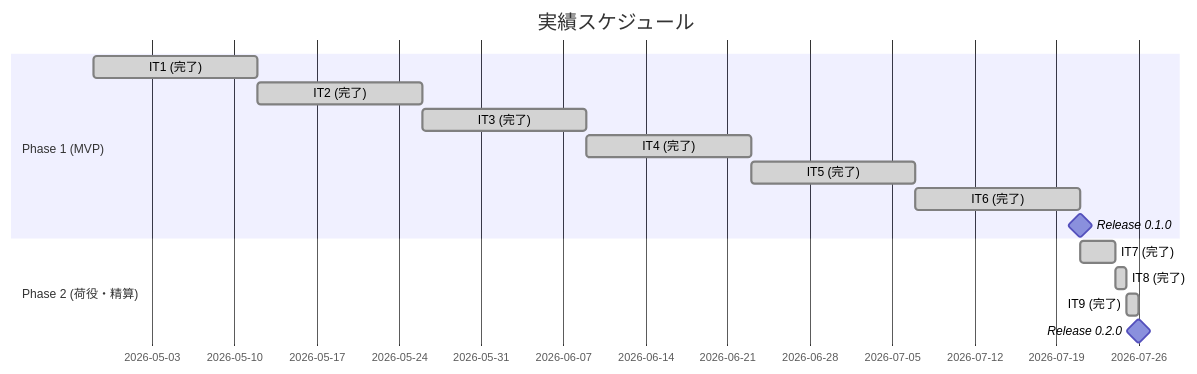
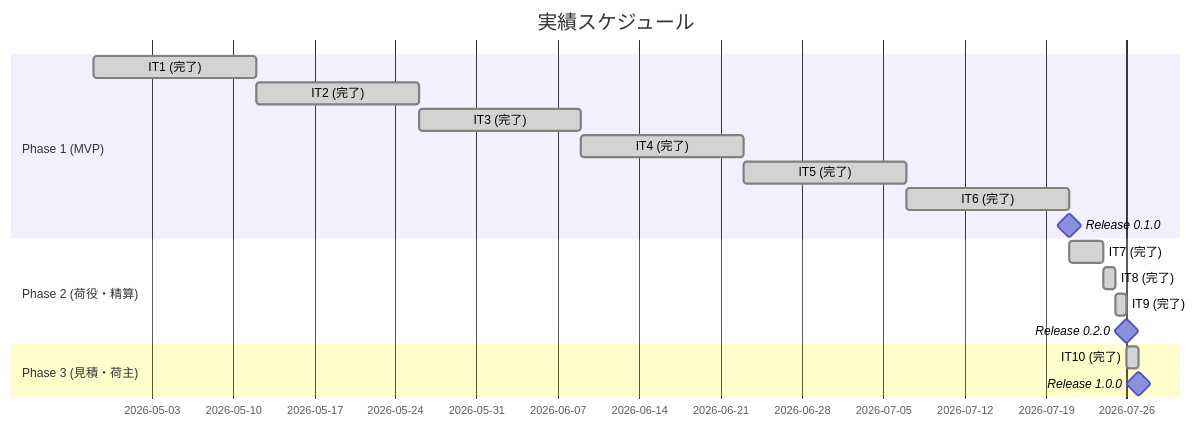
Before and after one commit to k2works/case-study-cargo-tracker: the second of 3 diagrams in docs/development/release_plan.md, drawn with Mermaid. The commit also changed other lines of this file and 2 other files, not shown here.

````diff
--- a/docs/development/release_plan.md
+++ b/docs/development/release_plan.md
@@ -177,18 +177,21 @@
 ```mermaid
 gantt
     title 実績スケジュール
     dateFormat  YYYY-MM-DD
     section Phase 1 (MVP)
     IT1 (完了)                    :done, a1, 2026-04-28, 14d
     IT2 (完了)                    :done, a2, after a1, 14d
     IT3 (完了)                    :done, a3, after a2, 14d
     IT4 (完了)                    :done, a4, after a3, 14d
     IT5 (完了)                    :done, a5, after a4, 14d
     IT6 (完了)                    :done, a6, after a5, 14d
     Release 0.1.0                 :milestone, ma1, after a6, 0d
     section Phase 2 (荷役・精算)
     IT7 (完了)                    :done, a7, after a6, 3d
     IT8 (完了)                    :done, a8, after a7, 1d
     IT9 (完了)                    :done, a9, after a8, 1d
     Release 0.2.0                 :milestone, ma2, after a9, 0d
+    section Phase 3 (見積・荷主)
+    IT10 (完了)                   :done, a10, after a9, 1d
+    Release 1.0.0                 :milestone, ma3, after a10, 0d
 ```
````
